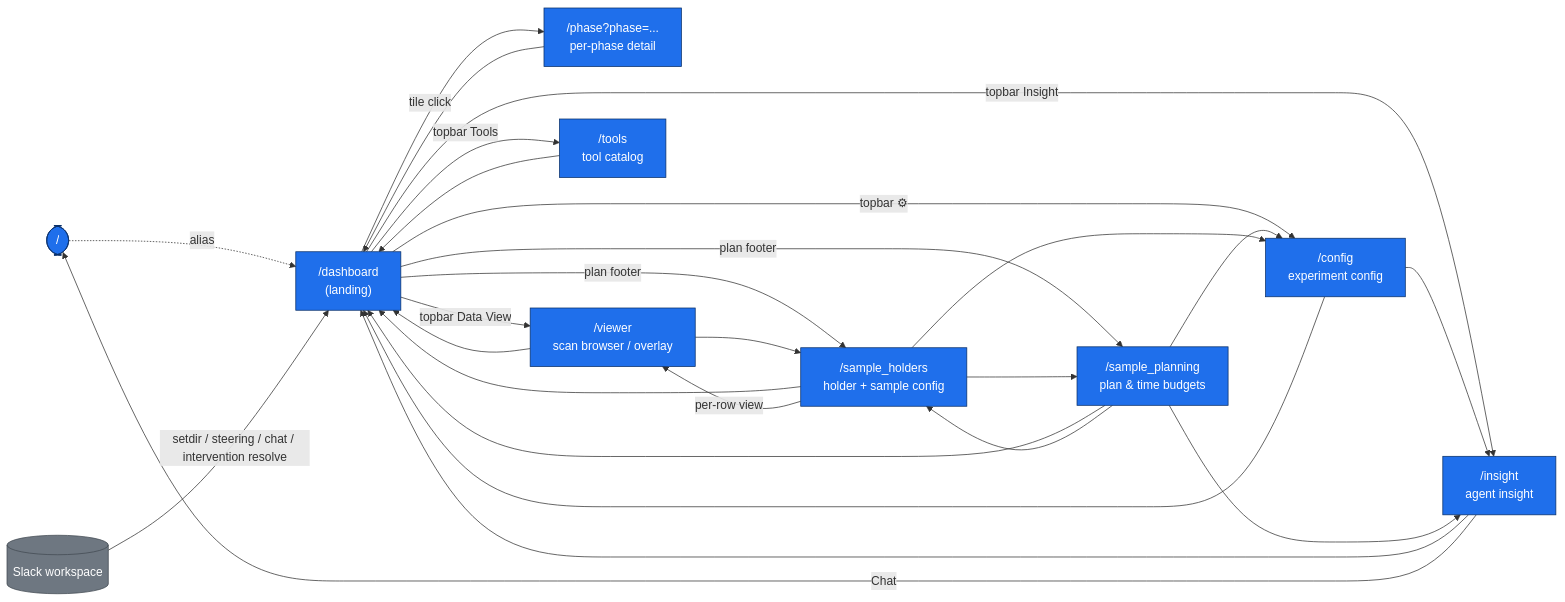
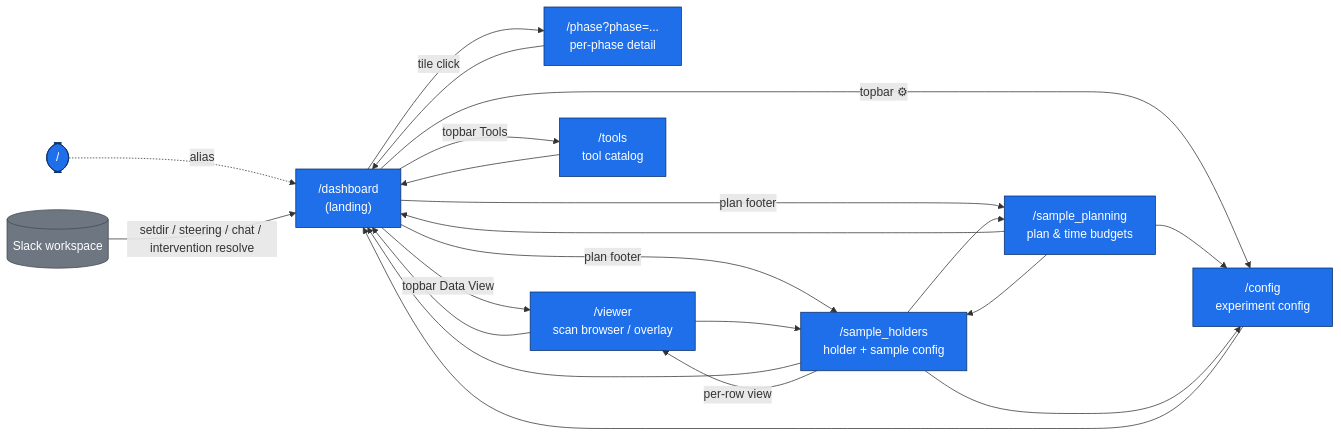
The diagram in docs/dependency-graph.md (deanSLAC/autonomous), drawn with Mermaid before and after one commit. The commit also changed other lines of this file and 12 other files, not shown here.

First line of the commit message:
ui: remove dead /insight page and turn-sink plumbing

````diff
--- a/docs/dependency-graph.md
+++ b/docs/dependency-graph.md
@@ -27,51 +26,44 @@
 ```mermaid
 flowchart LR
     classDef page fill:#1f6feb,stroke:#0a3069,color:#fff;
     classDef ext fill:#6e7781,stroke:#424a53,color:#fff;
 
     Root(["/"]):::page
     Dashboard["/dashboard<br/>(landing)"]:::page
     Phase["/phase?phase=...<br/>per-phase detail"]:::page
     Config["/config<br/>experiment config"]:::page
     Planning["/sample_planning<br/>plan & time budgets"]:::page
     Holders["/sample_holders<br/>holder + sample config"]:::page
     Viewer["/viewer<br/>scan browser / overlay"]:::page
     Tools["/tools<br/>tool catalog"]:::page
-    Insight["/insight<br/>agent insight"]:::page
 
     Root -.alias.-> Dashboard
 
     Dashboard -->|topbar Tools| Tools
-    Dashboard -->|topbar Insight| Insight
     Dashboard -->|topbar Data View| Viewer
     Dashboard -->|topbar ⚙| Config
     Dashboard -->|plan footer| Planning
     Dashboard -->|plan footer| Holders
     Dashboard -->|tile click| Phase
 
     Phase --> Dashboard
 
     Config --> Dashboard
-    Config --> Insight
 
     Planning --> Dashboard
     Planning --> Holders
-    Planning --> Insight
     Planning --> Config
 
     Holders --> Dashboard
     Holders --> Planning
     Holders --> Config
     Holders -->|per-row view| Viewer
 
     Viewer --> Holders
     Viewer --> Dashboard
 
     Tools --> Dashboard
 
-    Insight --> Dashboard
-    Insight -->|"Chat"| Root
-
     Slack[("Slack workspace")]:::ext
     Slack -->|setdir / steering / chat / intervention resolve| Dashboard
 ```
````
